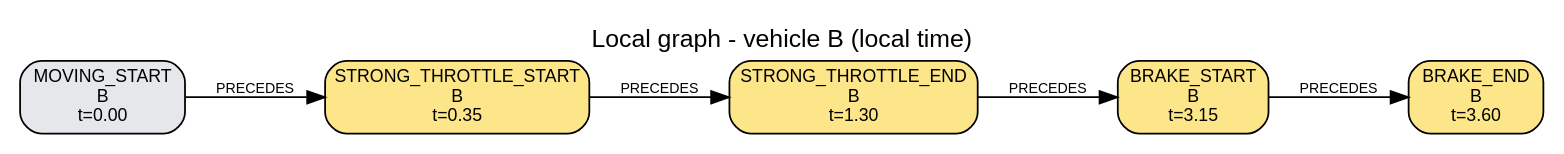
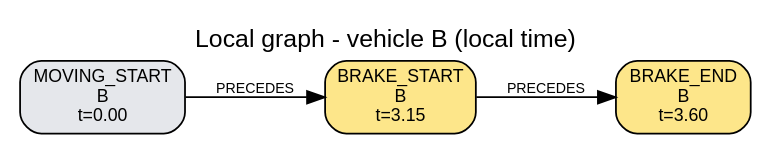
One commit to AndreaBedei1/causaldrive-forensics changed the diagram in traces/S02/run_0_avoided/reconstruction/B/local_graph.dot. Above: the diagram before and after it, drawn with Graphviz. The commit also changed 1263 other files, not shown here.

```diff
--- a/traces/S02/run_0_avoided/reconstruction/B/local_graph.dot
+++ b/traces/S02/run_0_avoided/reconstruction/B/local_graph.dot
@@ -1,14 +1,10 @@
 digraph "local_B" {
   graph [rankdir=LR, labelloc=t, fontname=Helvetica, label="Local graph - vehicle B (local time)"];
   node [shape=box, style="rounded,filled", fontname=Helvetica, fontsize=10];
   edge [fontname=Helvetica, fontsize=8];
   "B:e01" [label="MOVING_START\nB\nt=0.00", fillcolor="#e5e7eb"];
-  "B:e02" [label="STRONG_THROTTLE_START\nB\nt=0.35", fillcolor="#fde68a"];
-  "B:e03" [label="STRONG_THROTTLE_END\nB\nt=1.30", fillcolor="#fde68a"];
-  "B:e04" [label="BRAKE_START\nB\nt=3.15", fillcolor="#fde68a"];
-  "B:e05" [label="BRAKE_END\nB\nt=3.60", fillcolor="#fde68a"];
+  "B:e02" [label="BRAKE_START\nB\nt=3.15", fillcolor="#fde68a"];
+  "B:e03" [label="BRAKE_END\nB\nt=3.60", fillcolor="#fde68a"];
   "B:e01" -> "B:e02" [label="PRECEDES"];
   "B:e02" -> "B:e03" [label="PRECEDES"];
-  "B:e03" -> "B:e04" [label="PRECEDES"];
-  "B:e04" -> "B:e05" [label="PRECEDES"];
 }
```
